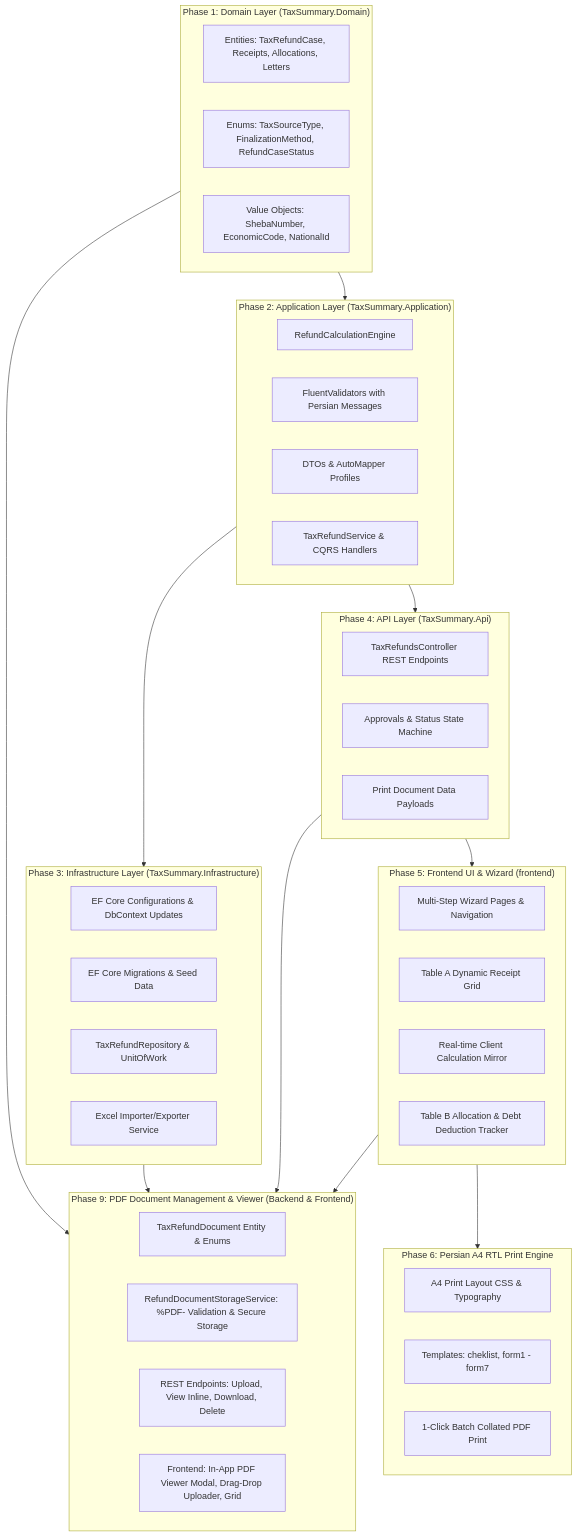
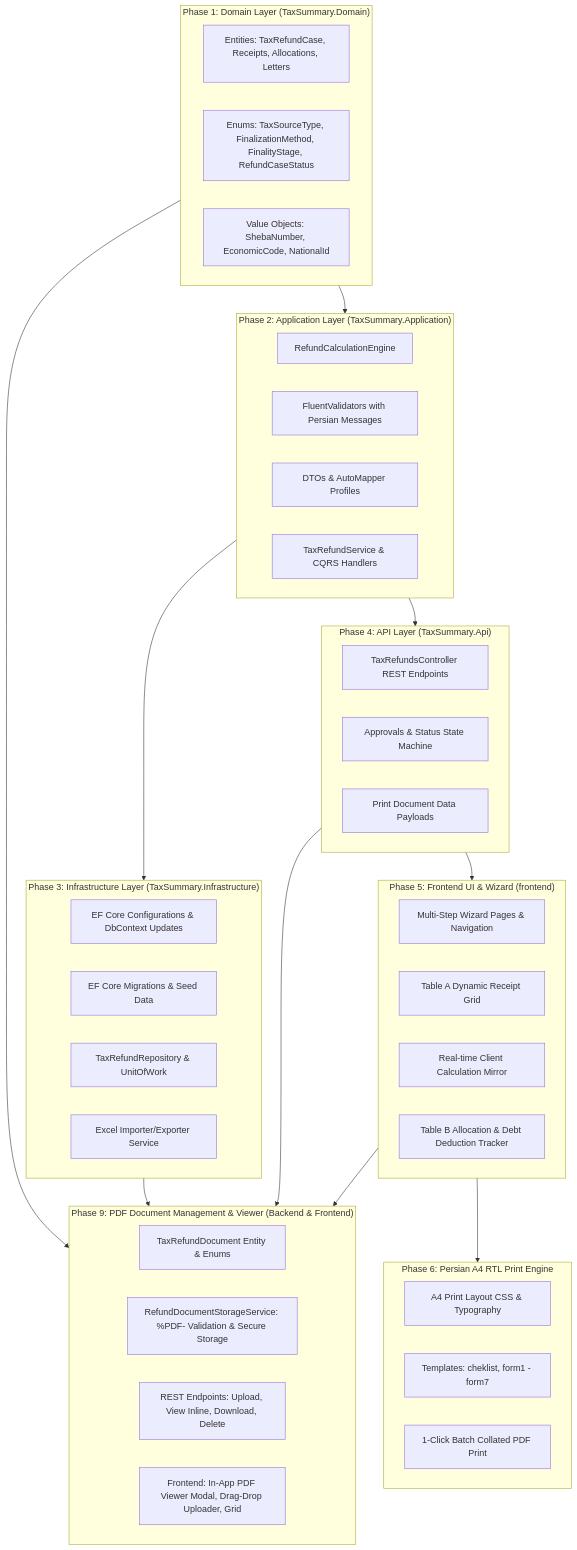
The first of 2 diagrams in raodmap_payback.md (alirezakavianifar/tax_summary_employee_app), drawn with Mermaid before and after one commit. The commit also changed other lines of this file and 17 other files, not shown here.

Commit message:
feat(refunds): add finality stage option and fix refund case deletion with in-app confirmation modal

````diff
--- a/raodmap_payback.md
+++ b/raodmap_payback.md
@@ -10,58 +10,58 @@
 ```mermaid
 graph TD
     subgraph Phase1_Domain["Phase 1: Domain Layer (TaxSummary.Domain)"]
         D1[Entities: TaxRefundCase, Receipts, Allocations, Letters]
-        D2[Enums: TaxSourceType, FinalizationMethod, RefundCaseStatus]
+        D2[Enums: TaxSourceType, FinalizationMethod, FinalityStage, RefundCaseStatus]
         D3[Value Objects: ShebaNumber, EconomicCode, NationalId]
     end
 
     subgraph Phase2_Application["Phase 2: Application Layer (TaxSummary.Application)"]
         A1[RefundCalculationEngine]
         A2[FluentValidators with Persian Messages]
         A3[DTOs & AutoMapper Profiles]
         A4[TaxRefundService & CQRS Handlers]
     end
 
     subgraph Phase3_Infrastructure["Phase 3: Infrastructure Layer (TaxSummary.Infrastructure)"]
         I1[EF Core Configurations & DbContext Updates]
         I2[EF Core Migrations & Seed Data]
         I3[TaxRefundRepository & UnitOfWork]
         I4[Excel Importer/Exporter Service]
     end
 
     subgraph Phase4_Api["Phase 4: API Layer (TaxSummary.Api)"]
         P1[TaxRefundsController REST Endpoints]
         P2[Approvals & Status State Machine]
         P3[Print Document Data Payloads]
     end
 
     subgraph Phase5_Frontend_Wizard["Phase 5: Frontend UI & Wizard (frontend)"]
         F1[Multi-Step Wizard Pages & Navigation]
         F2[Table A Dynamic Receipt Grid]
         F3[Real-time Client Calculation Mirror]
         F4[Table B Allocation & Debt Deduction Tracker]
     end
 
     subgraph Phase6_Frontend_Print["Phase 6: Persian A4 RTL Print Engine"]
         R1[A4 Print Layout CSS & Typography]
         R2[Templates: cheklist, form1 - form7]
         R3[1-Click Batch Collated PDF Print]
     end
 
     subgraph Phase9_Documents["Phase 9: PDF Document Management & Viewer (Backend & Frontend)"]
         DOC1[TaxRefundDocument Entity & Enums]
         DOC2[RefundDocumentStorageService: %PDF- Validation & Secure Storage]
         DOC3[REST Endpoints: Upload, View Inline, Download, Delete]
         DOC4[Frontend: In-App PDF Viewer Modal, Drag-Drop Uploader, Grid]
     end
 
     Phase1_Domain --> Phase2_Application
     Phase2_Application --> Phase3_Infrastructure
     Phase2_Application --> Phase4_Api
     Phase4_Api --> Phase5_Frontend_Wizard
     Phase5_Frontend_Wizard --> Phase6_Frontend_Print
     Phase1_Domain --> Phase9_Documents
     Phase3_Infrastructure --> Phase9_Documents
     Phase4_Api --> Phase9_Documents
     Phase5_Frontend_Wizard --> Phase9_Documents
 ```
````
